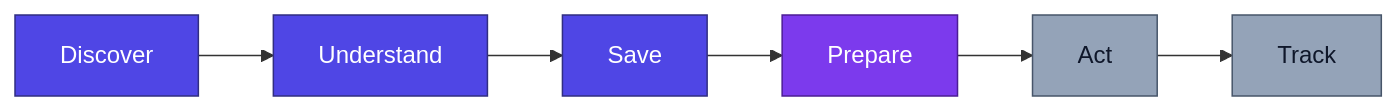
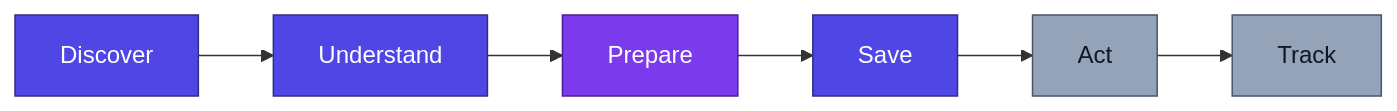
The first of 2 diagrams in README.md (prime1999/Route), drawn with Mermaid before and after one commit. The commit also changed other lines of this file, not shown here.

````diff
--- a/README.md
+++ b/README.md
@@ -63,11 +61,11 @@
 ```mermaid
 flowchart LR
-    A[Discover] --> B[Understand] --> C[Save] --> D[Prepare] --> E[Act] --> F[Track]
+    A[Discover] --> B[Understand] --> C[Prepare] --> D[Save] --> E[Act] --> F[Track]
 
     style A fill:#4f46e5,stroke:#312e81,color:#ffffff
     style B fill:#4f46e5,stroke:#312e81,color:#ffffff
-    style C fill:#4f46e5,stroke:#312e81,color:#ffffff
-    style D fill:#7c3aed,stroke:#4c1d95,color:#ffffff
+    style C fill:#7c3aed,stroke:#4c1d95,color:#ffffff
+    style D fill:#4f46e5,stroke:#312e81,color:#ffffff
     style E fill:#94a3b8,stroke:#475569,color:#0f172a
     style F fill:#94a3b8,stroke:#475569,color:#0f172a
 ```
````
